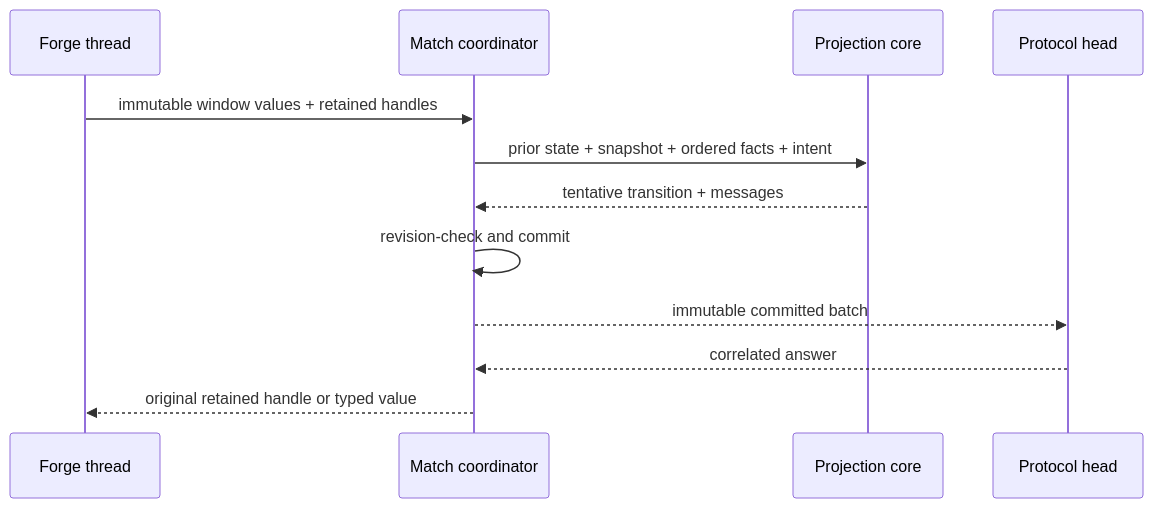
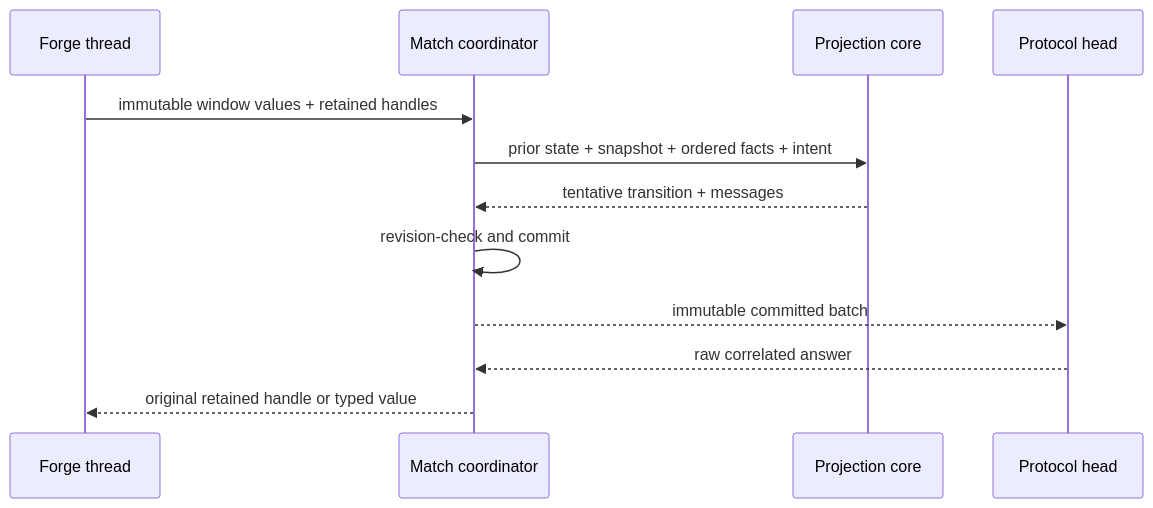
One commit to delebedev/leyline changed the third of 4 diagrams in docs/architecture.md. Above: the diagram before and after it, drawn with Mermaid. The commit also changed other lines of this file and 71 other files, not shown here.

````diff
--- a/docs/architecture.md
+++ b/docs/architecture.md
@@ -173,15 +176,15 @@
 ```mermaid
 sequenceDiagram
     participant F as Forge thread
     participant C as Match coordinator
     participant P as Projection core
     participant H as Protocol head
 
     F->>C: immutable window values + retained handles
     C->>P: prior state + snapshot + ordered facts + intent
     P-->>C: tentative transition + messages
     C->>C: revision-check and commit
     C-->>H: immutable committed batch
-    H-->>C: correlated answer
+    H-->>C: raw correlated answer
     C-->>F: original retained handle or typed value
 ```
````
